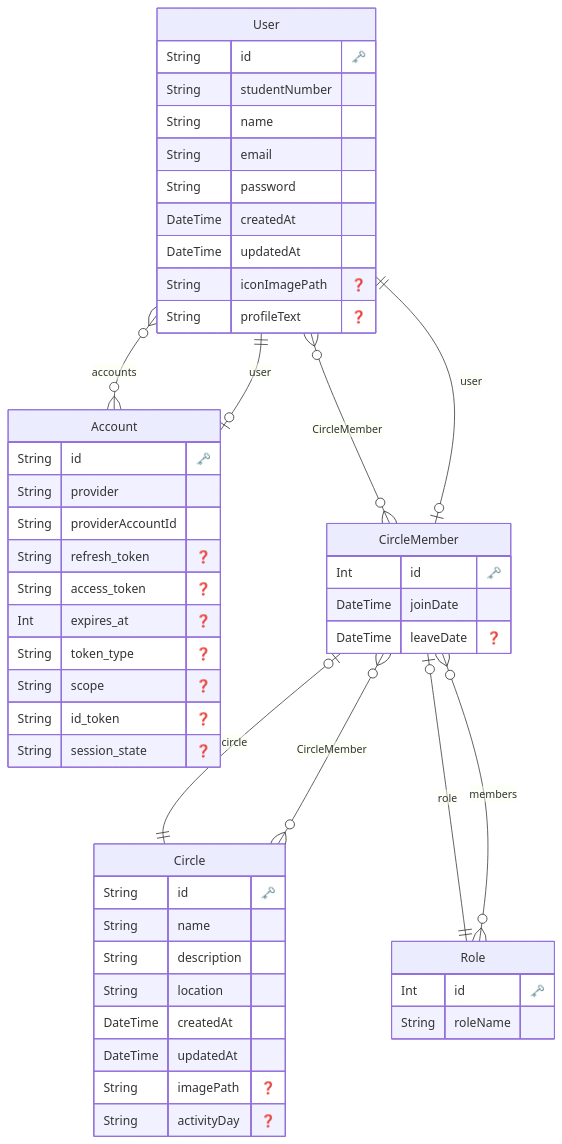
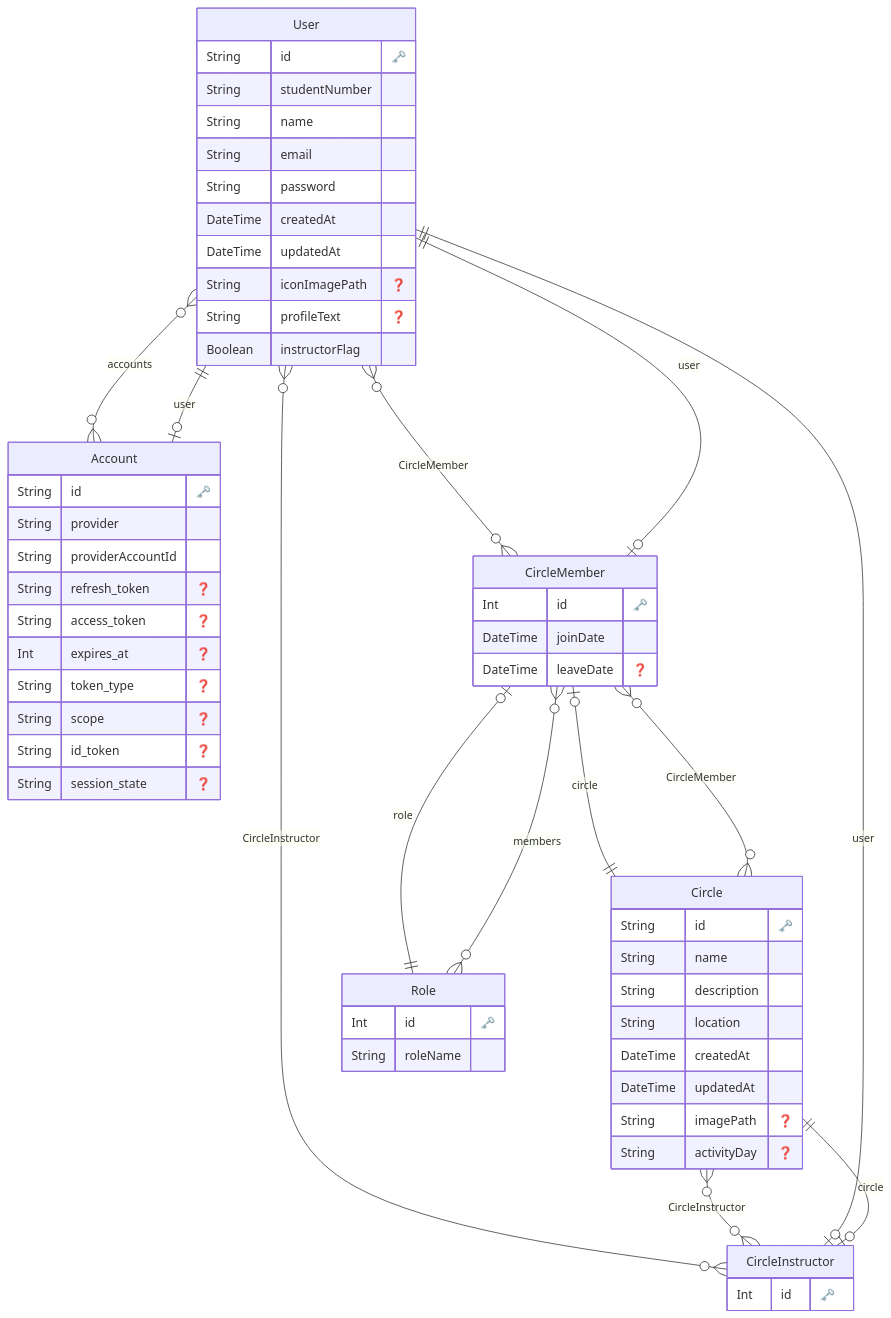
One commit to ocs-amo/amo changed the diagram in prisma/ERD.md. Above: the diagram before and after it, drawn with Mermaid. The commit also changed 1 other file, not shown here.

Commit message:
feat: 講師用のスキーマに更新

````diff
--- a/prisma/ERD.md
+++ b/prisma/ERD.md
@@ -1,63 +1,73 @@
 ```mermaid
 erDiagram
 
   "User" {
     String id "🗝️"
     String studentNumber
     String name
     String email
     String password
     DateTime createdAt
     DateTime updatedAt
     String iconImagePath "❓"
     String profileText "❓"
+    Boolean instructorFlag
     }
 
 
   "Account" {
     String id "🗝️"
     String provider
     String providerAccountId
     String refresh_token "❓"
     String access_token "❓"
     Int expires_at "❓"
     String token_type "❓"
     String scope "❓"
     String id_token "❓"
     String session_state "❓"
     }
 
 
   "Circle" {
     String id "🗝️"
     String name
     String description
     String location
     DateTime createdAt
     DateTime updatedAt
     String imagePath "❓"
     String activityDay "❓"
     }
 
 
   "CircleMember" {
     Int id "🗝️"
     DateTime joinDate
     DateTime leaveDate "❓"
     }
 
 
+  "CircleInstructor" {
+    Int id "🗝️"
+    }
+
+
   "Role" {
     Int id "🗝️"
     String roleName
     }
 
     "User" o{--}o "Account" : "accounts"
     "User" o{--}o "CircleMember" : "CircleMember"
+    "User" o{--}o "CircleInstructor" : "CircleInstructor"
     "Account" o|--|| "User" : "user"
     "Circle" o{--}o "CircleMember" : "CircleMember"
+    "Circle" o{--}o "CircleInstructor" : "CircleInstructor"
     "CircleMember" o|--|| "User" : "user"
     "CircleMember" o|--|| "Circle" : "circle"
     "CircleMember" o|--|| "Role" : "role"
+    "CircleInstructor" o|--|| "User" : "user"
+    "CircleInstructor" o|--|| "Circle" : "circle"
     "Role" o{--}o "CircleMember" : "members"
 ```
````
